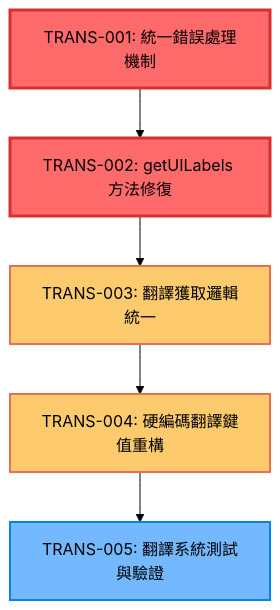
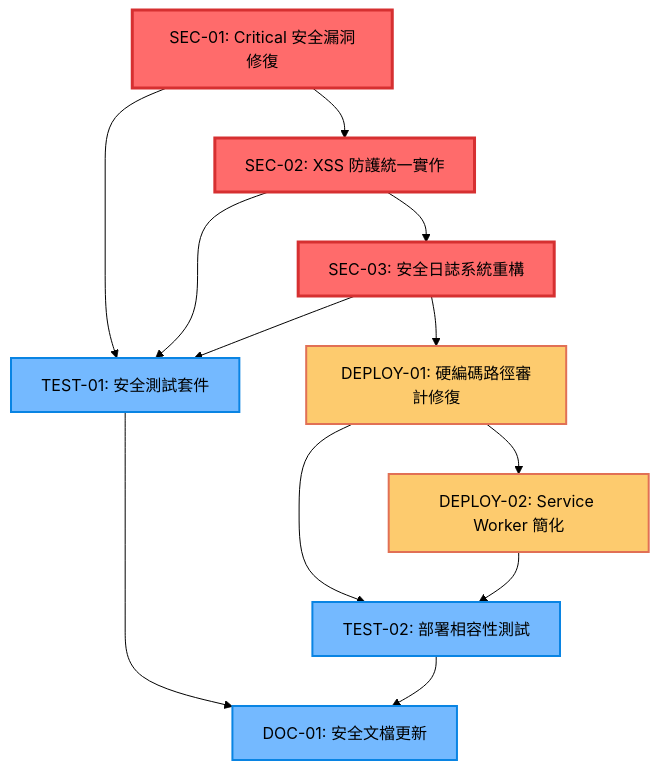
Before and after one commit to iim0663418/DB-Card: the diagram in docs/tasks.md, drawn with Mermaid (forest theme). The commit also changed other lines of this file and 65 other files, not shown here.

````diff
--- a/docs/tasks.md
+++ b/docs/tasks.md
@@ -92,15 +57,25 @@
 ```mermaid
 graph TD
-    TRANS-001[TRANS-001: 統一錯誤處理機制] --> TRANS-002[TRANS-002: getUILabels 方法修復]
-    TRANS-002 --> TRANS-003[TRANS-003: 翻譯獲取邏輯統一]
-    TRANS-003 --> TRANS-004[TRANS-004: 硬編碼翻譯鍵值重構]
-    TRANS-004 --> TRANS-005[TRANS-005: 翻譯系統測試與驗證]
+    SEC-01[SEC-01: Critical 安全漏洞修復] --> SEC-02[SEC-02: XSS 防護統一實作]
+    SEC-02 --> SEC-03[SEC-03: 安全日誌系統重構]
+    SEC-03 --> DEPLOY-01[DEPLOY-01: 硬編碼路徑審計修復]
+    DEPLOY-01 --> DEPLOY-02[DEPLOY-02: Service Worker 簡化]
+    
+    SEC-01 --> TEST-01[TEST-01: 安全測試套件]
+    SEC-02 --> TEST-01
+    SEC-03 --> TEST-01
+    
+    DEPLOY-01 --> TEST-02[TEST-02: 部署相容性測試]
+    DEPLOY-02 --> TEST-02
+    
+    TEST-01 --> DOC-01[DOC-01: 安全文檔更新]
+    TEST-02 --> DOC-01
     
     classDef critical fill:#ff6b6b,stroke:#d63031,stroke-width:3px
     classDef high fill:#fdcb6e,stroke:#e17055,stroke-width:2px
     classDef medium fill:#74b9ff,stroke:#0984e3,stroke-width:2px
     
-    class TRANS-001,TRANS-002 critical
-    class TRANS-003,TRANS-004 high
-    class TRANS-005 medium
+    class SEC-01,SEC-02,SEC-03 critical
+    class DEPLOY-01,DEPLOY-02 high
+    class TEST-01,TEST-02,DOC-01 medium
 ```
````
